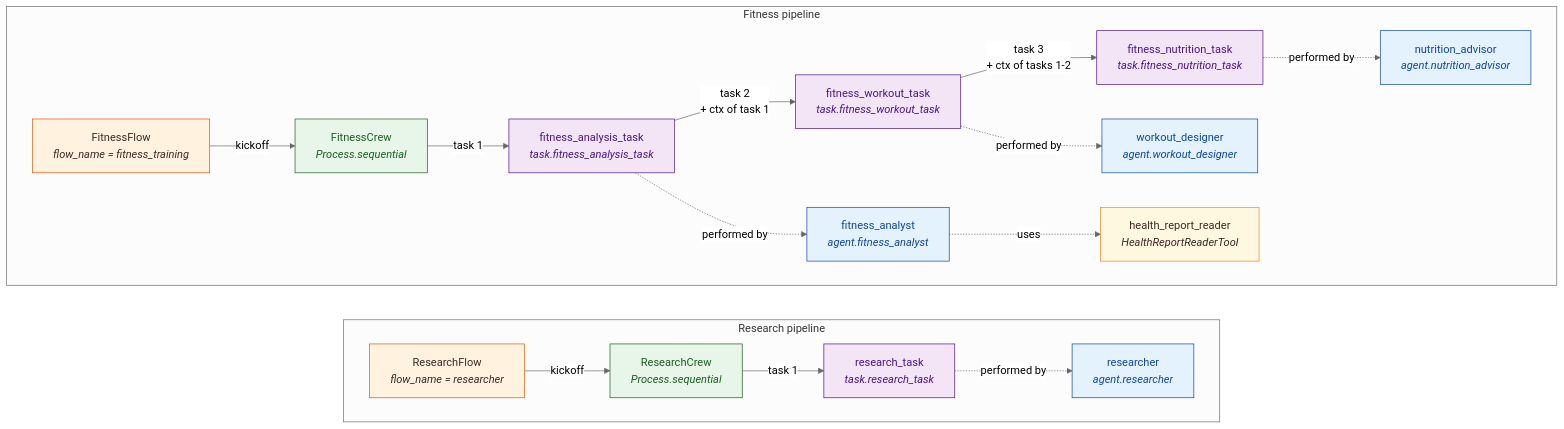
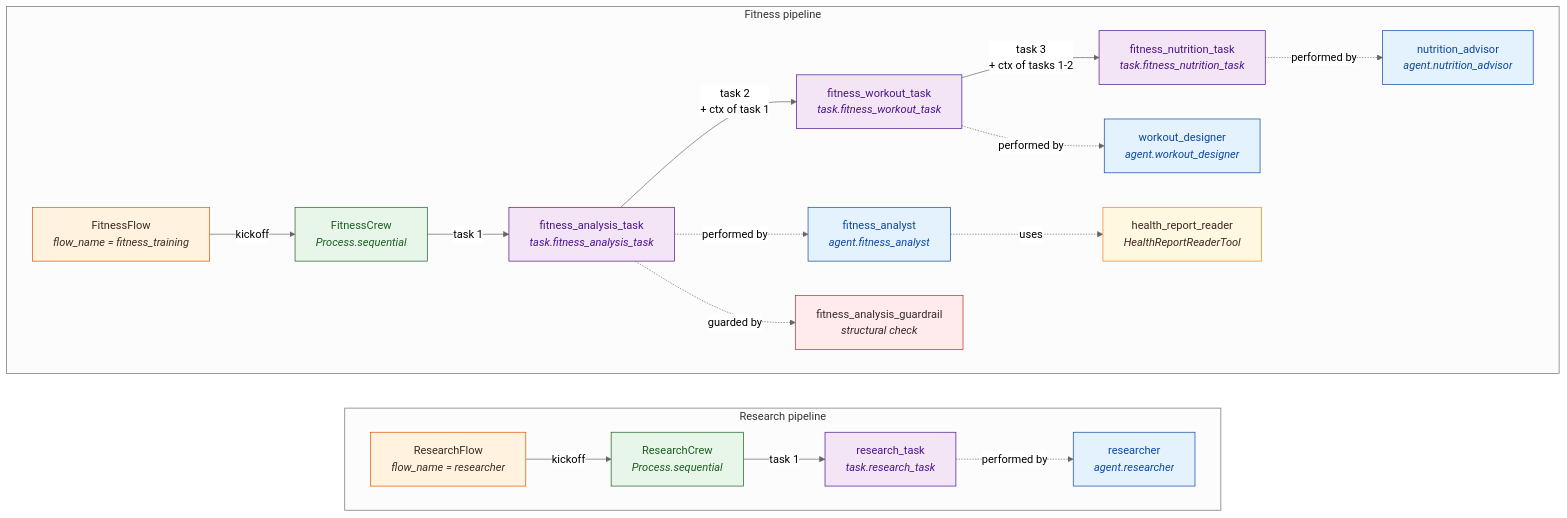
The third of 4 diagrams in SYSTEM_OVERVIEW.md (shengtong-design/langfuse-chat), drawn with Mermaid (neutral theme) before and after one commit. The commit also changed other lines of this file and 2 other files, not shown here.

````diff
--- a/SYSTEM_OVERVIEW.md
+++ b/SYSTEM_OVERVIEW.md
@@ -477,32 +538,35 @@
 ```mermaid
 flowchart LR
     classDef flowNode fill:#fff3e0,stroke:#e65100,color:#3e2723;
     classDef crewNode fill:#e8f5e9,stroke:#1b5e20,color:#1b5e20;
     classDef agentNode fill:#e3f2fd,stroke:#0d47a1,color:#0d47a1;
     classDef taskNode fill:#f3e5f5,stroke:#4a148c,color:#4a148c;
     classDef toolNode fill:#fff8e1,stroke:#f57f17,color:#3e2723;
+    classDef guardrailNode fill:#ffebee,stroke:#c62828,color:#3e2723;
 
     subgraph RP["Research pipeline"]
         direction LR
         RF["ResearchFlow<br/><i>flow_name = researcher</i>"]:::flowNode -->|kickoff| RC["ResearchCrew<br/><i>Process.sequential</i>"]:::crewNode
         RC -->|task 1| Rt["research_task<br/><i>task.research_task</i>"]:::taskNode
         Rr["researcher<br/><i>agent.researcher</i>"]:::agentNode
         Rt -.performed by.-> Rr
     end
 
     subgraph FP["Fitness pipeline"]
         direction LR
         FF["FitnessFlow<br/><i>flow_name = fitness_training</i>"]:::flowNode -->|kickoff| FC["FitnessCrew<br/><i>Process.sequential</i>"]:::crewNode
         FC -->|task 1| Fat["fitness_analysis_task<br/><i>task.fitness_analysis_task</i>"]:::taskNode
         Fat -->|task 2<br/>+ ctx of task 1| Fwt["fitness_workout_task<br/><i>task.fitness_workout_task</i>"]:::taskNode
         Fwt -->|task 3<br/>+ ctx of tasks 1-2| Fnt["fitness_nutrition_task<br/><i>task.fitness_nutrition_task</i>"]:::taskNode
         Fa["fitness_analyst<br/><i>agent.fitness_analyst</i>"]:::agentNode
         Fw["workout_designer<br/><i>agent.workout_designer</i>"]:::agentNode
         Fn["nutrition_advisor<br/><i>agent.nutrition_advisor</i>"]:::agentNode
         HRR["health_report_reader<br/><i>HealthReportReaderTool</i>"]:::toolNode
+        Fag["fitness_analysis_guardrail<br/><i>structural check</i>"]:::guardrailNode
         Fat -.performed by.-> Fa
         Fwt -.performed by.-> Fw
         Fnt -.performed by.-> Fn
         Fa -.uses.-> HRR
+        Fat -.guarded by.-> Fag
     end
 ```
````
